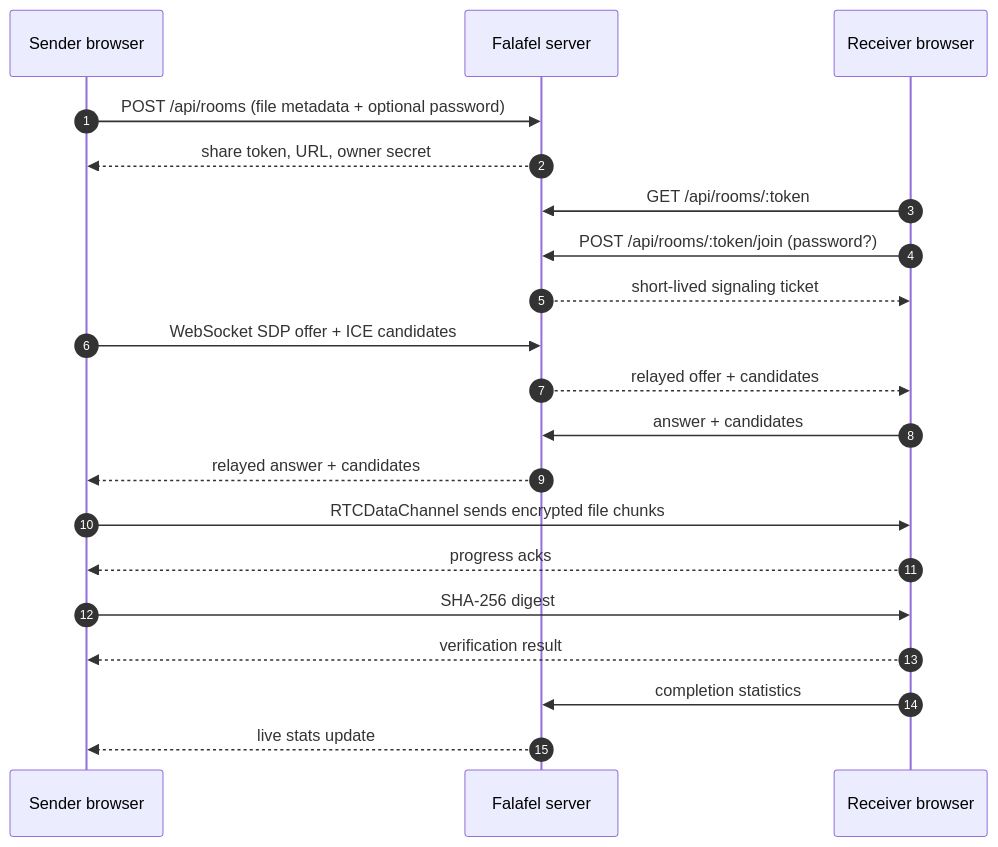
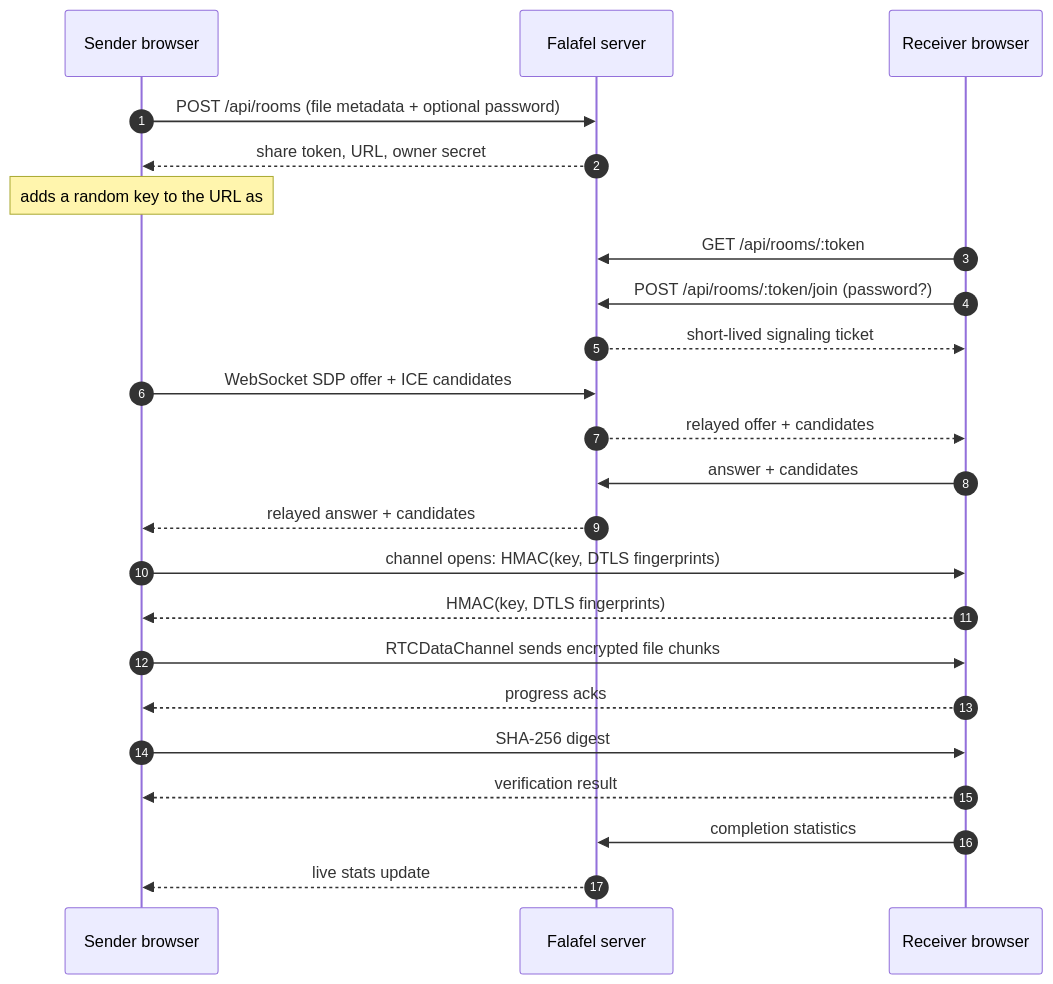
One commit to MahbodHastam/Falafel changed the diagram in README.md. Above: the diagram before and after it, drawn with Mermaid. The commit also changed other lines of this file and 53 other files, not shown here.

````diff
--- a/README.md
+++ b/README.md
@@ -30,23 +33,26 @@
 ```mermaid
 sequenceDiagram
     autonumber
     participant Sender as Sender browser
     participant Server as Falafel server
     participant Receiver as Receiver browser
 
     Sender->>Server: POST /api/rooms (file metadata + optional password)
     Server-->>Sender: share token, URL, owner secret
+    Note over Sender: adds a random key to the URL as #k=... (never sent to the server)
     Receiver->>Server: GET /api/rooms/:token
     Receiver->>Server: POST /api/rooms/:token/join (password?)
     Server-->>Receiver: short-lived signaling ticket
     Sender->>Server: WebSocket SDP offer + ICE candidates
     Server-->>Receiver: relayed offer + candidates
     Receiver->>Server: answer + candidates
     Server-->>Sender: relayed answer + candidates
+    Sender->>Receiver: channel opens: HMAC(key, DTLS fingerprints)
+    Receiver-->>Sender: HMAC(key, DTLS fingerprints)
     Sender->>Receiver: RTCDataChannel sends encrypted file chunks
     Receiver-->>Sender: progress acks
     Sender->>Receiver: SHA-256 digest
     Receiver-->>Sender: verification result
     Receiver->>Server: completion statistics
     Server-->>Sender: live stats update
 ```
````
